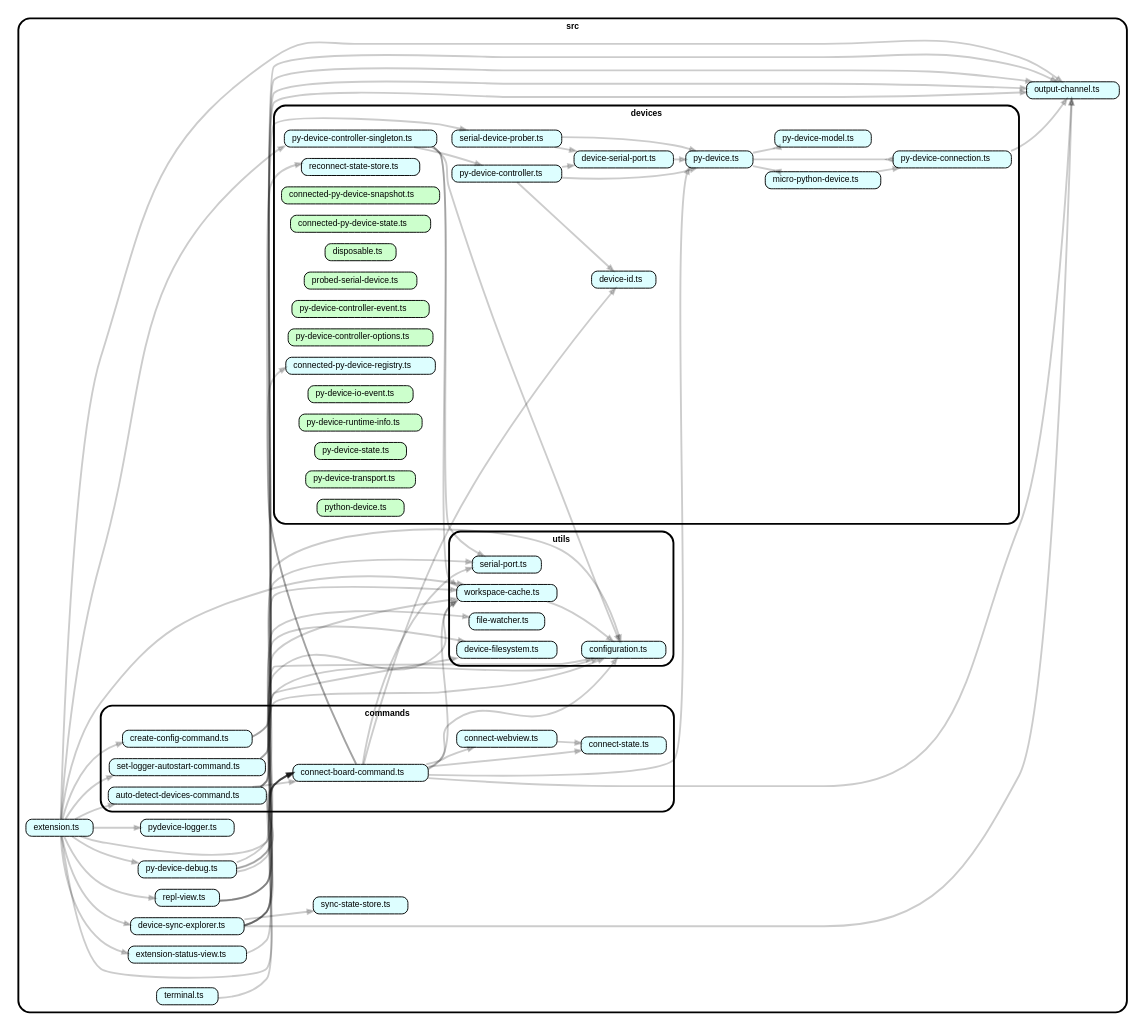
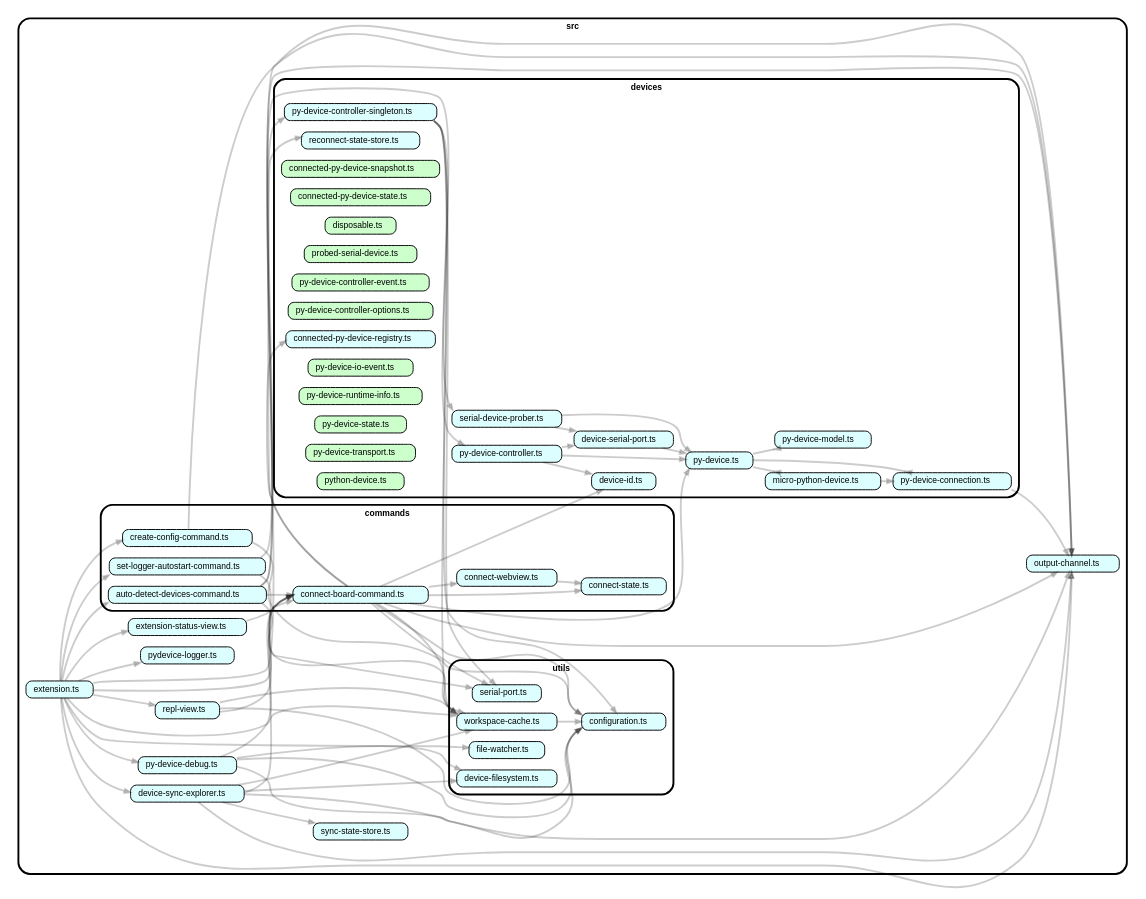
The diagram in pyboard-extension/pyboarddev/docs/architecture/deps.dot (mekatrol/micropython-filemanager), drawn with Graphviz before and after one commit. The commit also changed 2 other files, not shown here.

```diff
--- a/pyboard-extension/pyboarddev/docs/architecture/deps.dot
+++ b/pyboard-extension/pyboarddev/docs/architecture/deps.dot
@@ -100,8 +100,6 @@
     "src/repl-view.ts" -> "src/utils/configuration.ts"
     "src/repl-view.ts" -> "src/utils/workspace-cache.ts"
     subgraph "cluster_src" {label="src" "src/sync-state-store.ts" [label=<sync-state-store.ts> tooltip="sync-state-store.ts" URL="src/sync-state-store.ts" fillcolor="#ddfeff"] }
-    subgraph "cluster_src" {label="src" "src/terminal.ts" [label=<terminal.ts> tooltip="terminal.ts" URL="src/terminal.ts" fillcolor="#ddfeff"] }
-    "src/terminal.ts" -> "src/commands/connect-board-command.ts"
     subgraph "cluster_src" {label="src" subgraph "cluster_src/utils" {label="utils" "src/utils/configuration.ts" [label=<configuration.ts> tooltip="configuration.ts" URL="src/utils/configuration.ts" fillcolor="#ddfeff"] } }
     subgraph "cluster_src" {label="src" subgraph "cluster_src/utils" {label="utils" "src/utils/device-filesystem.ts" [label=<device-filesystem.ts> tooltip="device-filesystem.ts" URL="src/utils/device-filesystem.ts" fillcolor="#ddfeff"] } }
     subgraph "cluster_src" {label="src" subgraph "cluster_src/utils" {label="utils" "src/utils/file-watcher.ts" [label=<file-watcher.ts> tooltip="file-watcher.ts" URL="src/utils/file-watcher.ts" fillcolor="#ddfeff"] } }
```
